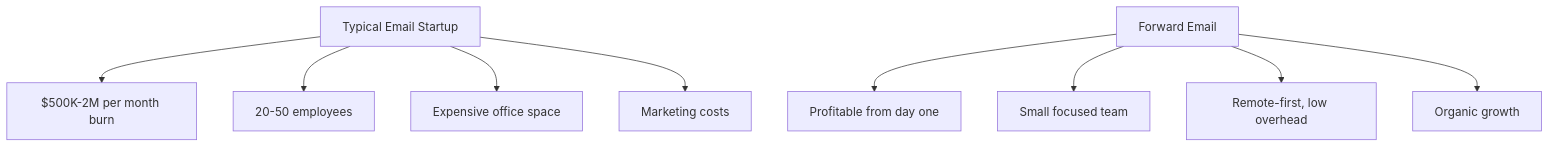
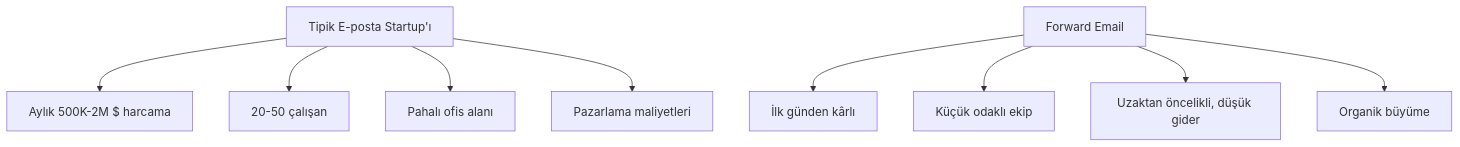
The tenth of 10 diagrams in app/views/docs/email-startup-graveyard-why-80-percent-email-companies-fail/index-tr.md (forwardemail/forwardemail.net), drawn with Mermaid before and after one commit. The commit also changed other lines of this file and 1055 other files, not shown here.

````diff
--- a/app/views/docs/email-startup-graveyard-why-80-percent-email-companies-fail/index-tr.md
+++ b/app/views/docs/email-startup-graveyard-why-80-percent-email-companies-fail/index-tr.md
@@ -706,12 +710,12 @@
 ```mermaid
 graph TD
-    A[Typical Email Startup] --> B[$500K-2M per month burn]
-    A --> C[20-50 employees]
-    A --> D[Expensive office space]
-    A --> E[Marketing costs]
+    A[Tipik E-posta Startup'ı] --> B[Aylık 500K-2M $ harcama]
+    A --> C[20-50 çalışan]
+    A --> D[Pahalı ofis alanı]
+    A --> E[Pazarlama maliyetleri]
 
-    F[Forward Email] --> G[Profitable from day one]
-    F --> H[Small focused team]
-    F --> I[Remote-first, low overhead]
-    F --> J[Organic growth]
+    F[Forward Email] --> G[İlk günden kârlı]
+    F --> H[Küçük odaklı ekip]
+    F --> I[Uzaktan öncelikli, düşük gider]
+    F --> J[Organik büyüme]
 ```
````
